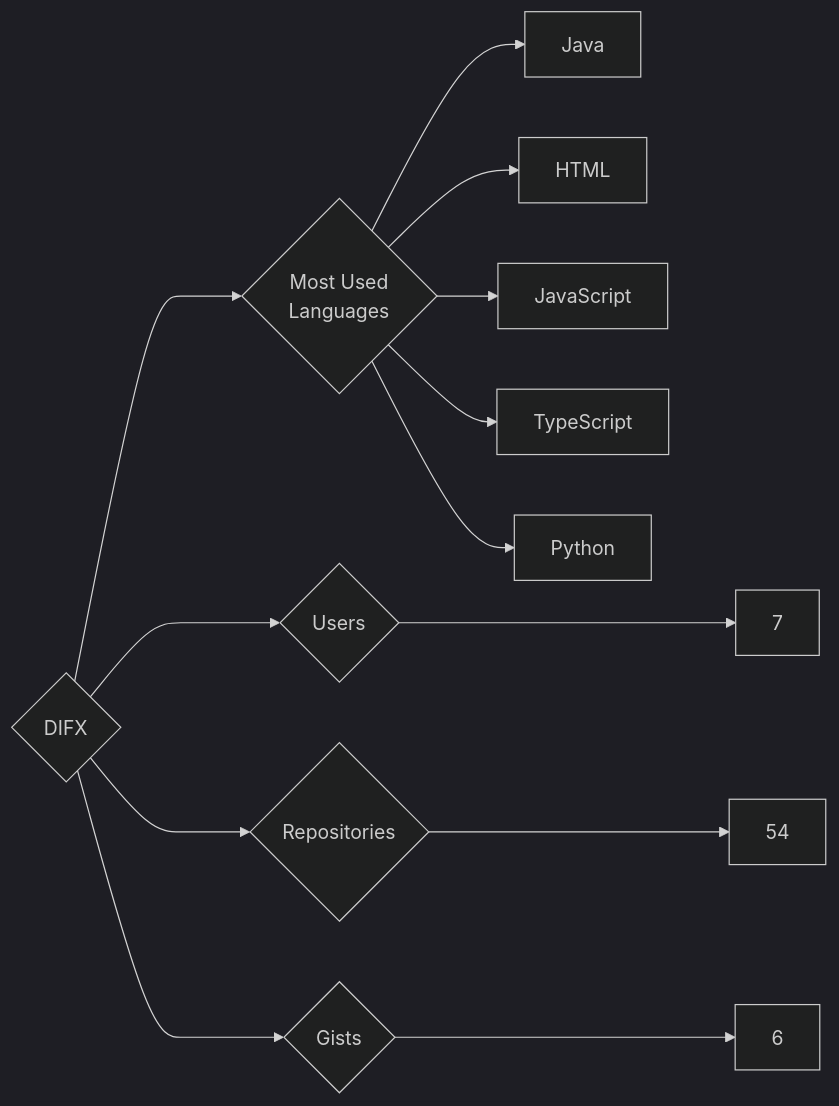
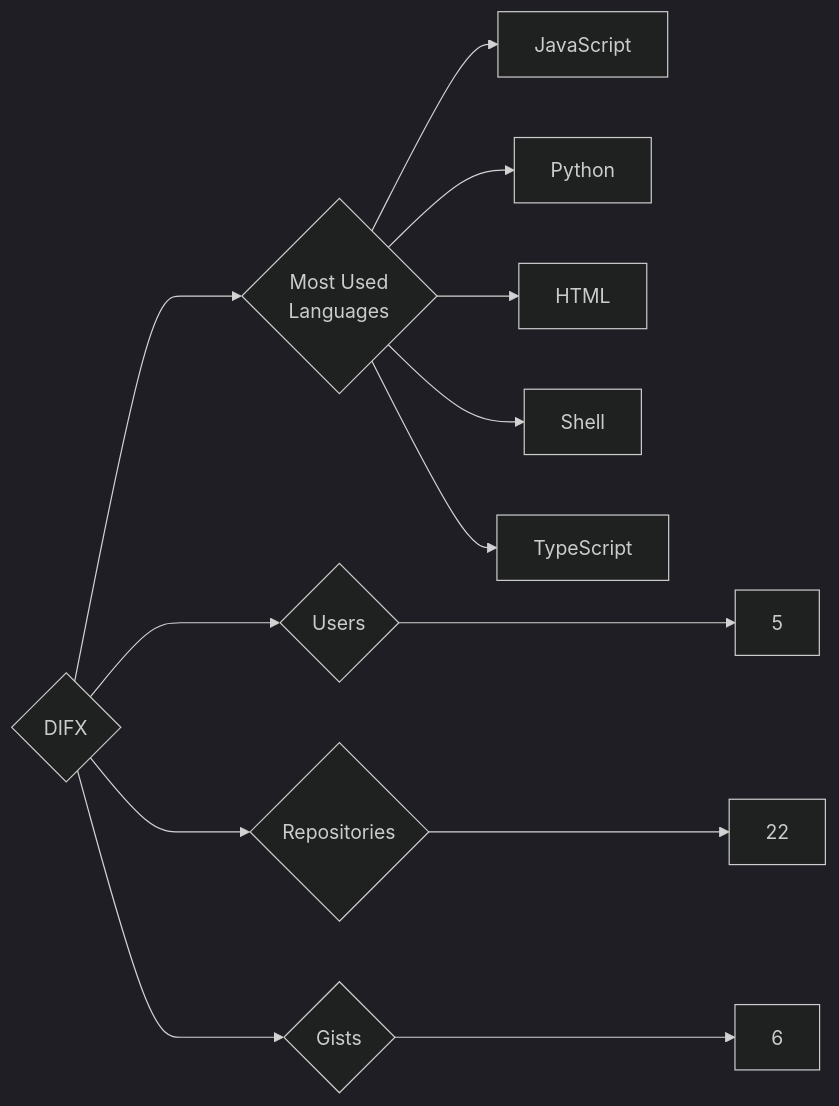
Before and after one commit to trickest/insiders: the diagram in targets/DIFX/README.md, drawn with Mermaid (dark theme). The commit also changed 1089 other files, not shown here.

````diff
--- a/targets/DIFX/README.md
+++ b/targets/DIFX/README.md
@@ -3,13 +3,13 @@
 ```mermaid
 graph LR
 COMPANY_NAME{DIFX}
-COMPANY_NAME ---> U{Users} ---> UN[7]
-COMPANY_NAME ---> R{Repositories} ---> RN[54]
+COMPANY_NAME ---> U{Users} ---> UN[5]
+COMPANY_NAME ---> R{Repositories} ---> RN[22]
 COMPANY_NAME ---> G{Gists} ---> GN[6]
 COMPANY_NAME ---> ML{Most Used<br>Languages}
-ML --> Java[Java]
+ML --> JavaScript[JavaScript]
+ML --> Python[Python]
 ML --> HTML[HTML]
-ML --> JavaScript[JavaScript]
+ML --> Shell[Shell]
 ML --> TypeScript[TypeScript]
-ML --> Python[Python]
 ```
````
